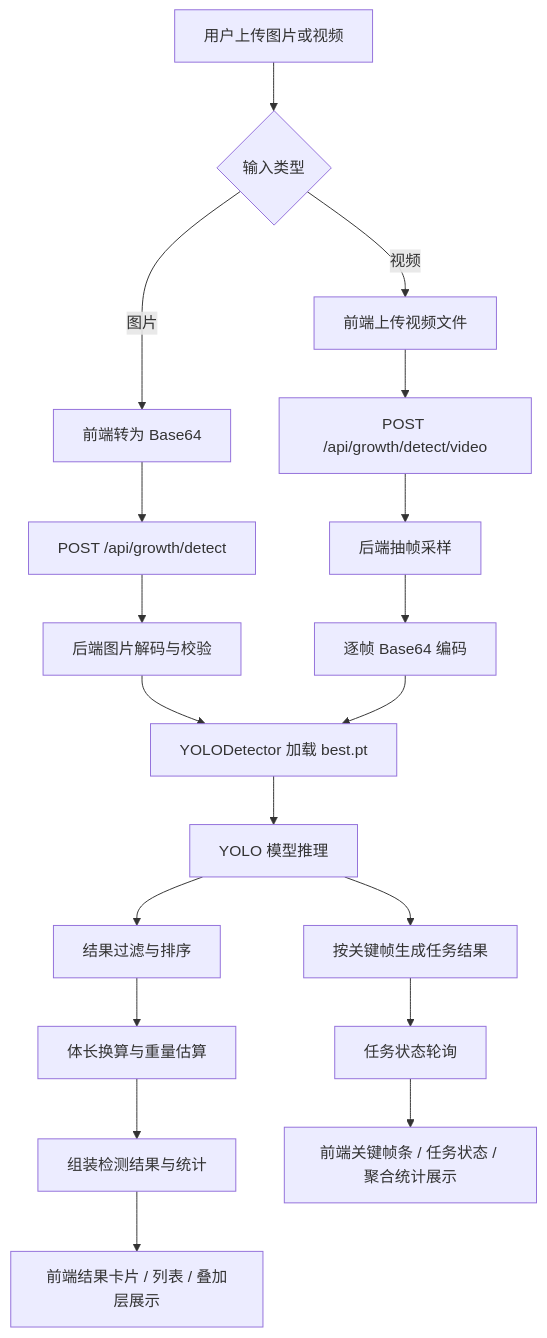
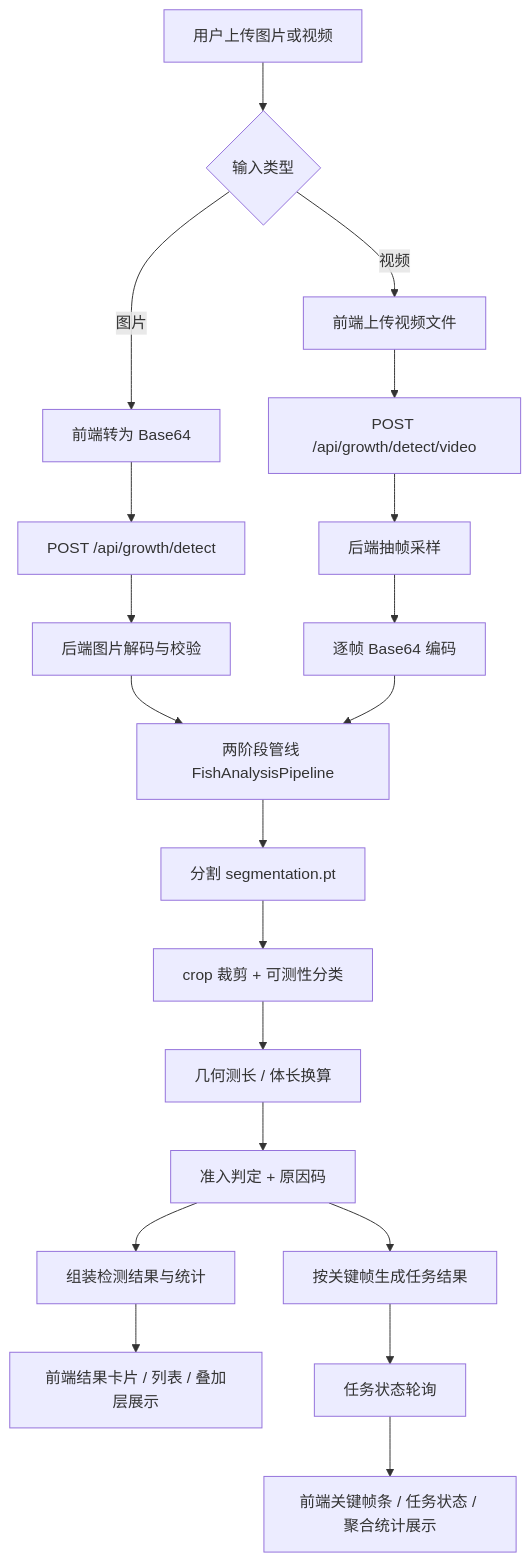
Before and after one commit to Yihe-ng/smart-fishery: the second of 2 diagrams in README.md, drawn with Mermaid. The commit also changed other lines of this file and 2 other files, not shown here.

````diff
--- a/README.md
+++ b/README.md
@@ -162,24 +183,25 @@
 ```mermaid
 flowchart TD
     A[用户上传图片或视频] --> B{输入类型}
     B -->|图片| C[前端转为 Base64]
     B -->|视频| D[前端上传视频文件]
 
     C --> E[POST /api/growth/detect]
     D --> F[POST /api/growth/detect/video]
 
     E --> G[后端图片解码与校验]
-    G --> H[YOLODetector 加载 best.pt]
-    H --> I[YOLO 模型推理]
-    I --> J[结果过滤与排序]
-    J --> K[体长换算与重量估算]
-    K --> L[组装检测结果与统计]
-    L --> M[前端结果卡片 / 列表 / 叠加层展示]
+    G --> H[两阶段管线 FishAnalysisPipeline]
+    H --> H1[分割 segmentation.pt]
+    H1 --> H2[crop 裁剪 + 可测性分类]
+    H2 --> H3[几何测长 / 体长换算]
+    H3 --> I[准入判定 + 原因码]
+    I --> J[组装检测结果与统计]
+    J --> K[前端结果卡片 / 列表 / 叠加层展示]
 
     F --> N[后端抽帧采样]
     N --> O[逐帧 Base64 编码]
     O --> H
     I --> P[按关键帧生成任务结果]
     P --> Q[任务状态轮询]
     Q --> R[前端关键帧条 / 任务状态 / 聚合统计展示]
 ```
````
